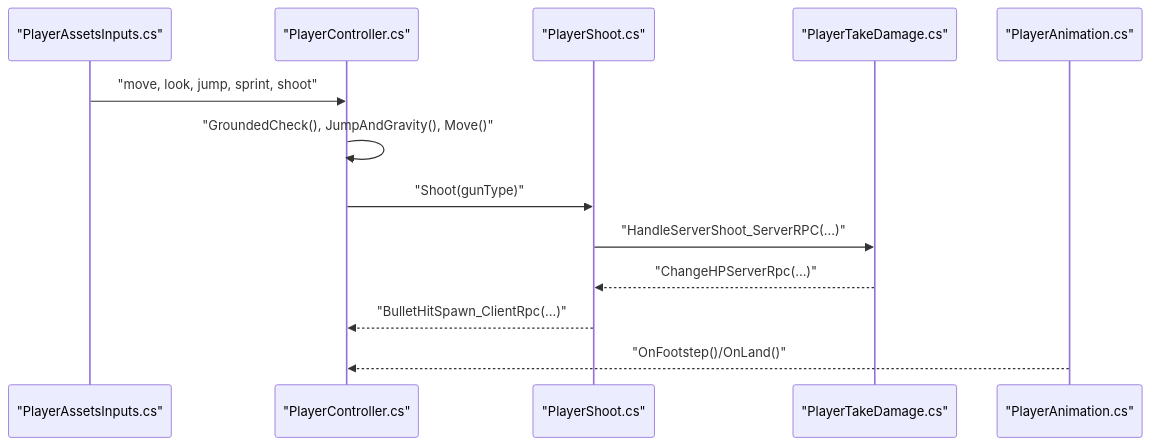
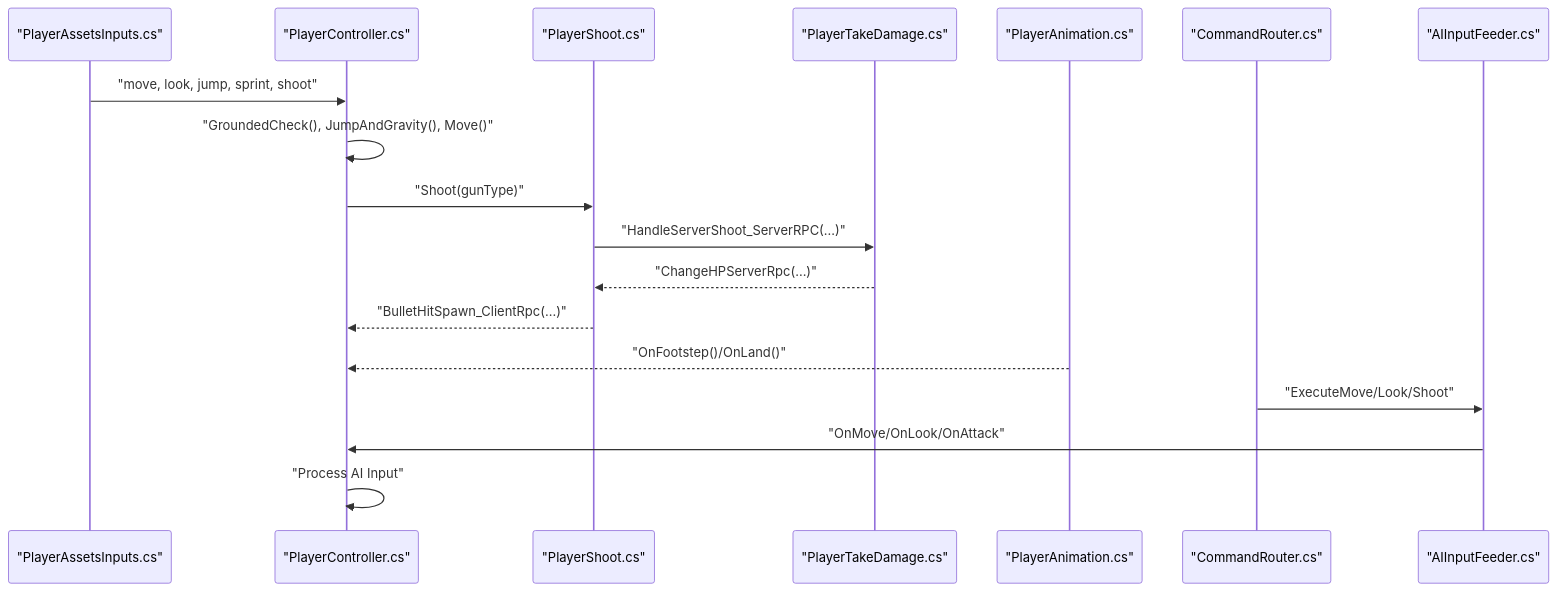
The second of 11 diagrams in .qoder/repowiki/en/content/Player System/Player System.md (kandeng/openclaw_battle_game), drawn with Mermaid before and after one commit. The commit also changed other lines of this file and 20 other files, not shown here.

````diff
--- a/.qoder/repowiki/en/content/Player System/Player System.md
+++ b/.qoder/repowiki/en/content/Player System/Player System.md
@@ -115,15 +159,20 @@
 ```mermaid
 sequenceDiagram
 participant Input as "PlayerAssetsInputs.cs"
 participant Controller as "PlayerController.cs"
 participant Shooter as "PlayerShoot.cs"
 participant Server as "PlayerTakeDamage.cs"
 participant Anim as "PlayerAnimation.cs"
+participant CmdRouter as "CommandRouter.cs"
+participant AIInput as "AIInputFeeder.cs"
 Input->>Controller : "move, look, jump, sprint, shoot"
 Controller->>Controller : "GroundedCheck(), JumpAndGravity(), Move()"
 Controller->>Shooter : "Shoot(gunType)"
 Shooter->>Server : "HandleServerShoot_ServerRPC(...)"
 Server-->>Shooter : "ChangeHPServerRpc(...)"
 Shooter-->>Controller : "BulletHitSpawn_ClientRpc(...)"
 Anim-->>Controller : "OnFootstep()/OnLand()"
+CmdRouter->>AIInput : "ExecuteMove/Look/Shoot"
+AIInput->>Controller : "OnMove/OnLook/OnAttack"
+Controller->>Controller : "Process AI Input"
 ```
````
